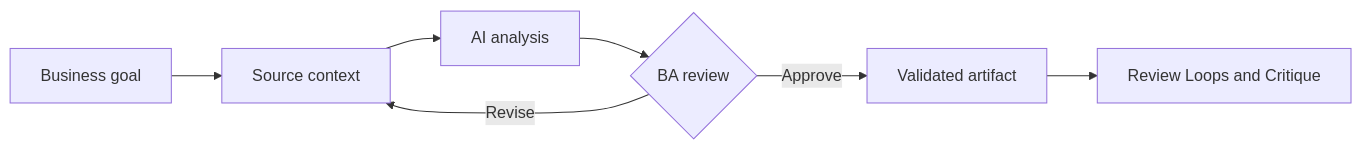
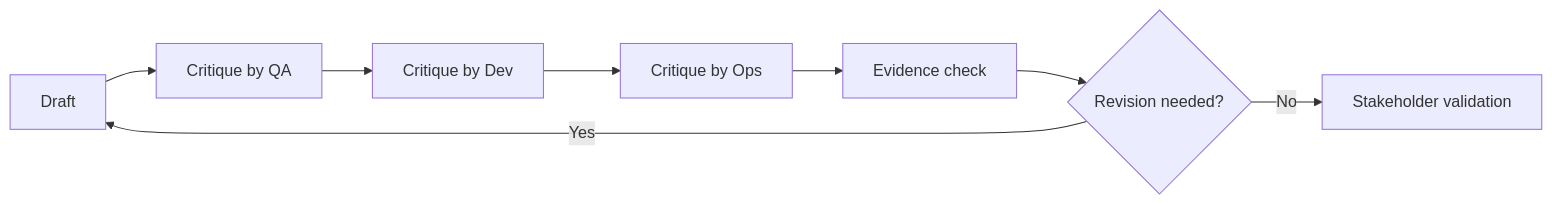
Before and after one commit to anhtnt90dev/ai-for-ba: the diagram in docs/en/lessons/review-loops-and-critique/index.md, drawn with Mermaid. The commit also changed other lines of this file and 64 other files, not shown here.

````diff
--- a/docs/en/lessons/review-loops-and-critique/index.md
+++ b/docs/en/lessons/review-loops-and-critique/index.md
@@ -39,9 +38,10 @@
 ```mermaid
 flowchart LR
-    A["Business goal"] --> B["Source context"]
-    B --> C["AI analysis"]
-    C --> D{"BA review"}
-    D -->|"Revise"| B
-    D -->|"Approve"| E["Validated artifact"]
-    E --> F["Review Loops and Critique"]
+    A["Draft"] --> B["Critique by QA"]
+    B --> C["Critique by Dev"]
+    C --> D["Critique by Ops"]
+    D --> E["Evidence check"]
+    E --> F{"Revision needed?"}
+    F -->|Yes| A
+    F -->|No| G["Stakeholder validation"]
 ```
````
